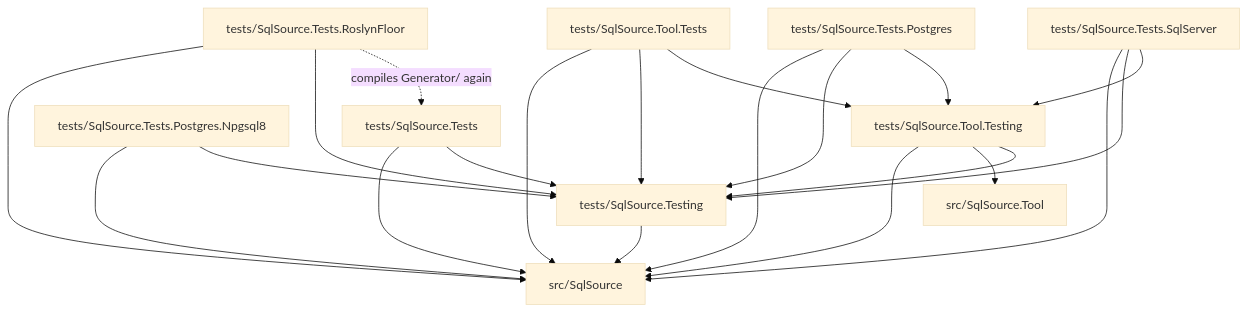
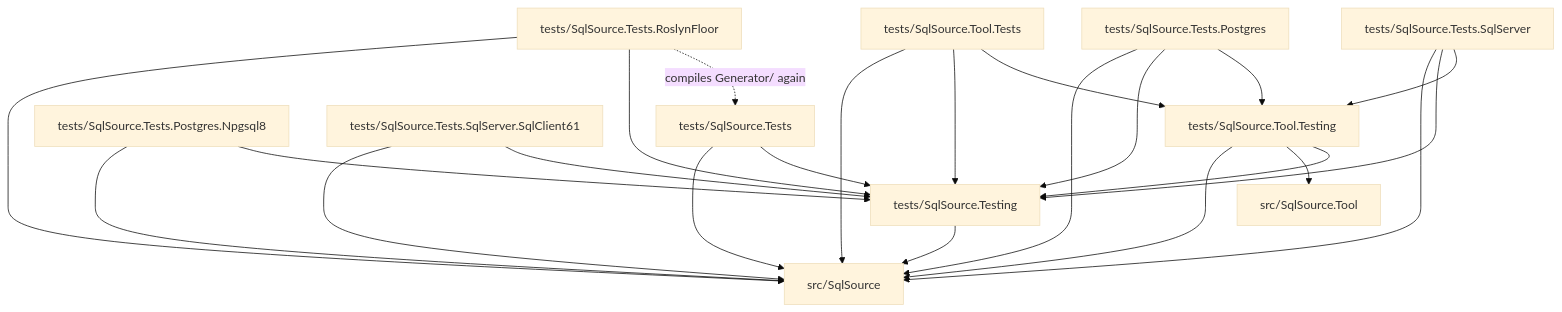
The diagram in tests/README.md (mbcrawfo/SqlSource), drawn with Mermaid (base theme) before and after one commit. The commit also changed other lines of this file and 14 other files, not shown here.

Commit message:
Document SQL Server's end-to-end project and close 6.5

````diff
--- a/tests/README.md
+++ b/tests/README.md
@@ -57,34 +58,37 @@
 ```mermaid
 graph TD
     Generator["src/SqlSource"]
     Tool["src/SqlSource.Tool"]
     Tests["tests/SqlSource.Tests"]
     Floor["tests/SqlSource.Tests.RoslynFloor"]
     ToolTests["tests/SqlSource.Tool.Tests"]
     Postgres["tests/SqlSource.Tests.Postgres"]
     Npgsql8["tests/SqlSource.Tests.Postgres.Npgsql8"]
     SqlServer["tests/SqlSource.Tests.SqlServer"]
+    SqlClient61["tests/SqlSource.Tests.SqlServer.SqlClient61"]
     Testing["tests/SqlSource.Testing"]
     ToolTesting["tests/SqlSource.Tool.Testing"]
 
     Tests --> Generator
     Tests --> Testing
     Floor --> Generator
     Floor --> Testing
     Floor -.->|compiles Generator/ again| Tests
     ToolTests --> Generator
     ToolTests --> Testing
     ToolTests --> ToolTesting
     Postgres --> Generator
     Postgres --> Testing
     Postgres --> ToolTesting
     Npgsql8 --> Generator
     Npgsql8 --> Testing
     SqlServer --> Generator
     SqlServer --> Testing
     SqlServer --> ToolTesting
+    SqlClient61 --> Generator
+    SqlClient61 --> Testing
     Testing --> Generator
     ToolTesting --> Generator
     ToolTesting --> Tool
     ToolTesting --> Testing
 ```
````
